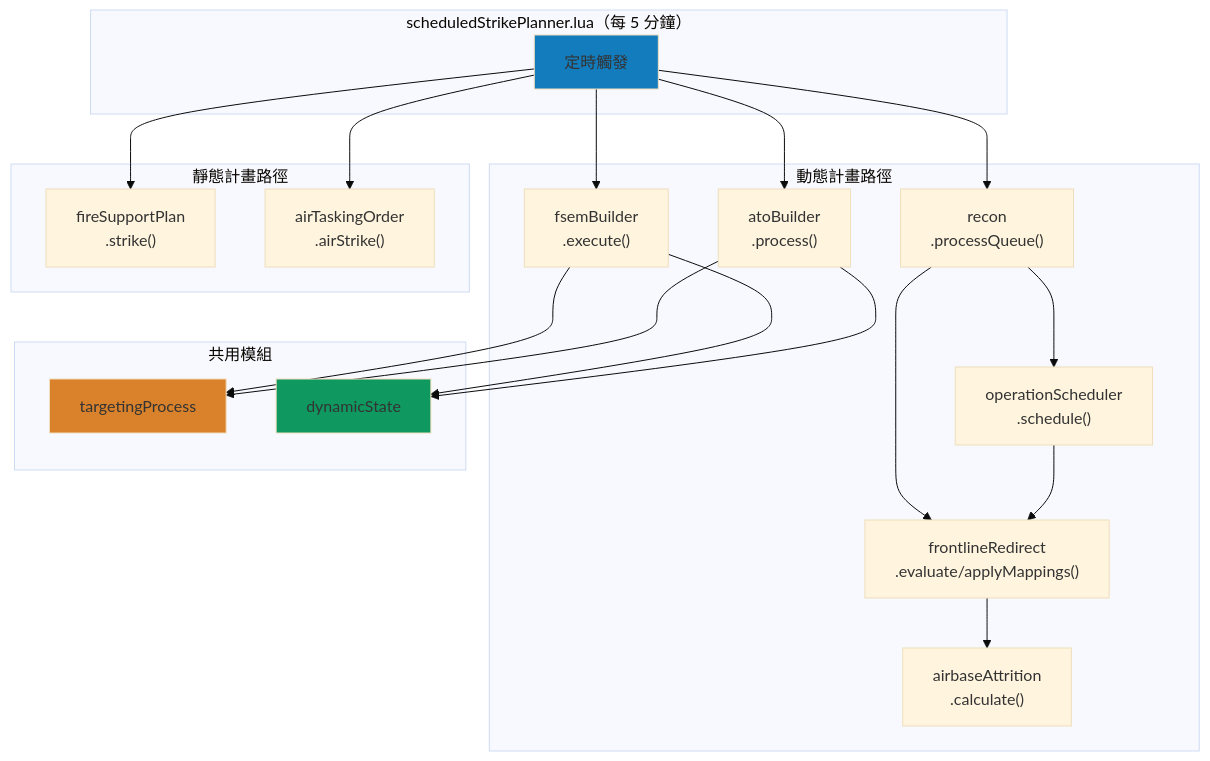
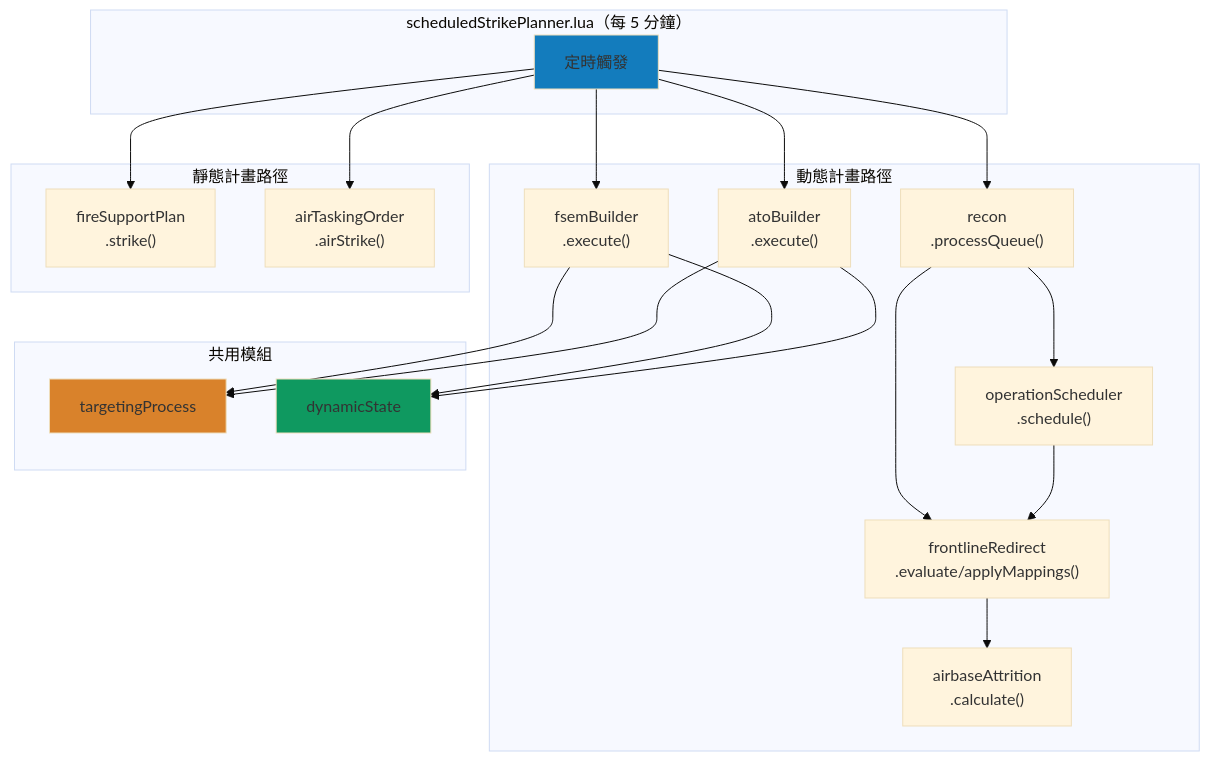
The first of 3 diagrams in docs/strikePlanner/README.md (pullupjumper/formosa-in-flames), drawn with Mermaid (base theme) before and after one commit. The commit also changed other lines of this file and 8 other files, not shown here.

````diff
--- a/docs/strikePlanner/README.md
+++ b/docs/strikePlanner/README.md
@@ -74,44 +74,44 @@
 ```mermaid
 flowchart TB
     subgraph 觸發器["scheduledStrikePlanner.lua（每 5 分鐘）"]
         TRIGGER[定時觸發]
     end
 
     subgraph 動態路徑["動態計畫路徑"]
         DFSP["fsemBuilder<br>.execute()"]
-        DATO["atoBuilder<br>.process()"]
+        DATO["atoBuilder<br>.execute()"]
         RECON["recon<br>.processQueue()"]
         RSCHED["operationScheduler<br>.schedule()"]
         FREDIR["frontlineRedirect<br>.evaluate/applyMappings()"]
         ATTR["airbaseAttrition<br>.calculate()"]
     end
 
     subgraph 靜態路徑["靜態計畫路徑"]
         FSP["fireSupportPlan<br>.strike()"]
         ATO["airTaskingOrder<br>.airStrike()"]
     end
 
     subgraph 共用模組
         TP["targetingProcess"]
         DSTATE["dynamicState"]
     end
 
     TRIGGER --> DFSP
     TRIGGER --> DATO
     TRIGGER --> RECON
     TRIGGER --> FSP
     TRIGGER --> ATO
 
     DFSP --> TP
     DFSP --> DSTATE
     DATO --> TP
     DATO --> DSTATE
     RECON --> RSCHED
     RECON --> FREDIR
     RSCHED --> FREDIR
     FREDIR --> ATTR
 
     style TRIGGER fill:#137cbd
     style TP fill:#d9822b
     style DSTATE fill:#0f9960
 ```
````
